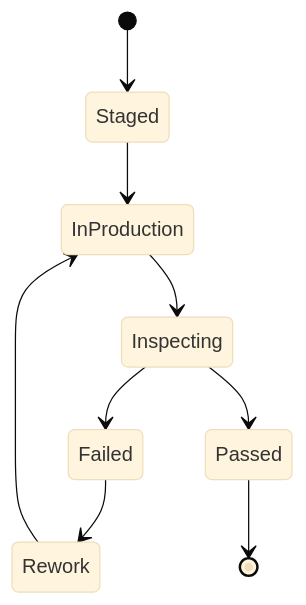
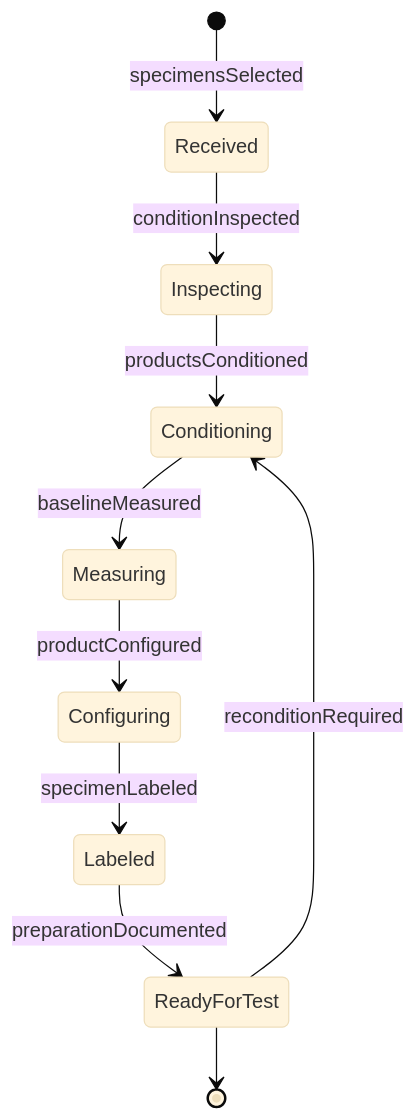
Before and after one commit to dot-org-ai/tasks.org.ai: the second of 4 diagrams in HandlingAndMovingObjects/PrepareSpecimensOrMaterialsForTesting/PrepareProductsTesting.mdx, drawn with Mermaid (base theme). The commit also changed other lines of this file and 515 other files, not shown here.

````diff
--- a/HandlingAndMovingObjects/PrepareSpecimensOrMaterialsForTesting/PrepareProductsTesting.mdx
+++ b/HandlingAndMovingObjects/PrepareSpecimensOrMaterialsForTesting/PrepareProductsTesting.mdx
@@ -99,11 +99,12 @@
 ```mermaid
 stateDiagram-v2
-    [*] --> Staged
-    Staged --> InProduction
-    InProduction --> Inspecting
-    Inspecting --> Failed
-    Failed --> Rework
-    Rework --> InProduction
-    Inspecting --> Passed
-    Passed --> [*]
+    [*] --> Received : specimensSelected
+    Received --> Inspecting : conditionInspected
+    Inspecting --> Conditioning : productsConditioned
+    Conditioning --> Measuring : baselineMeasured
+    Measuring --> Configuring : productConfigured
+    Configuring --> Labeled : specimenLabeled
+    Labeled --> ReadyForTest : preparationDocumented
+    ReadyForTest --> Conditioning : reconditionRequired
+    ReadyForTest --> [*]
 ```
````
